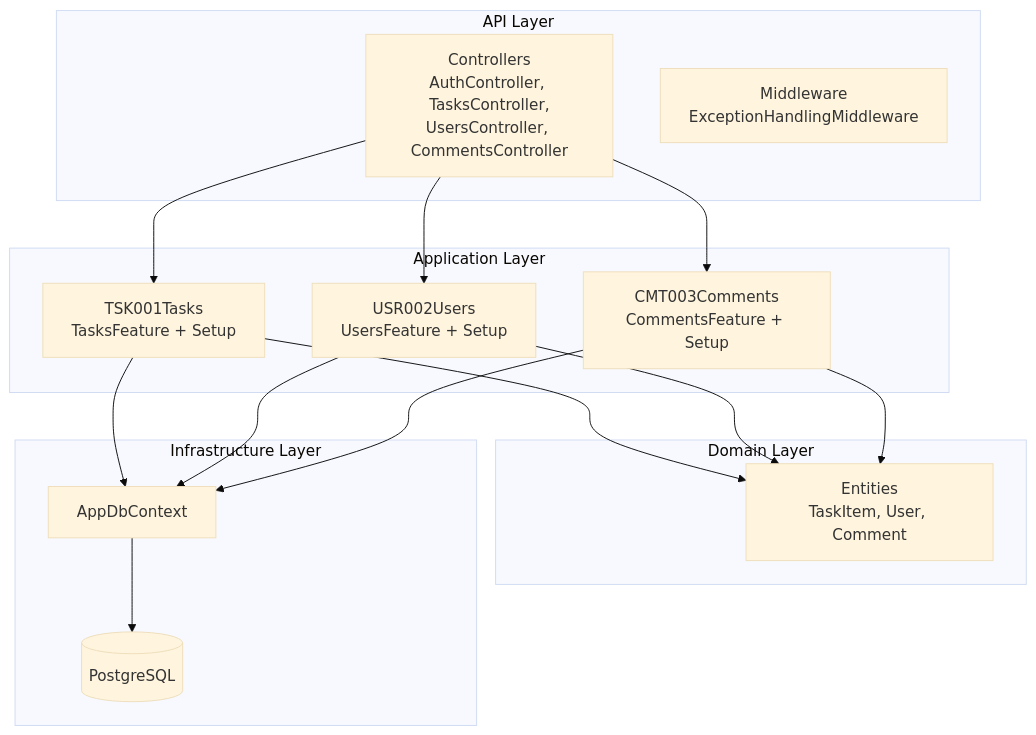
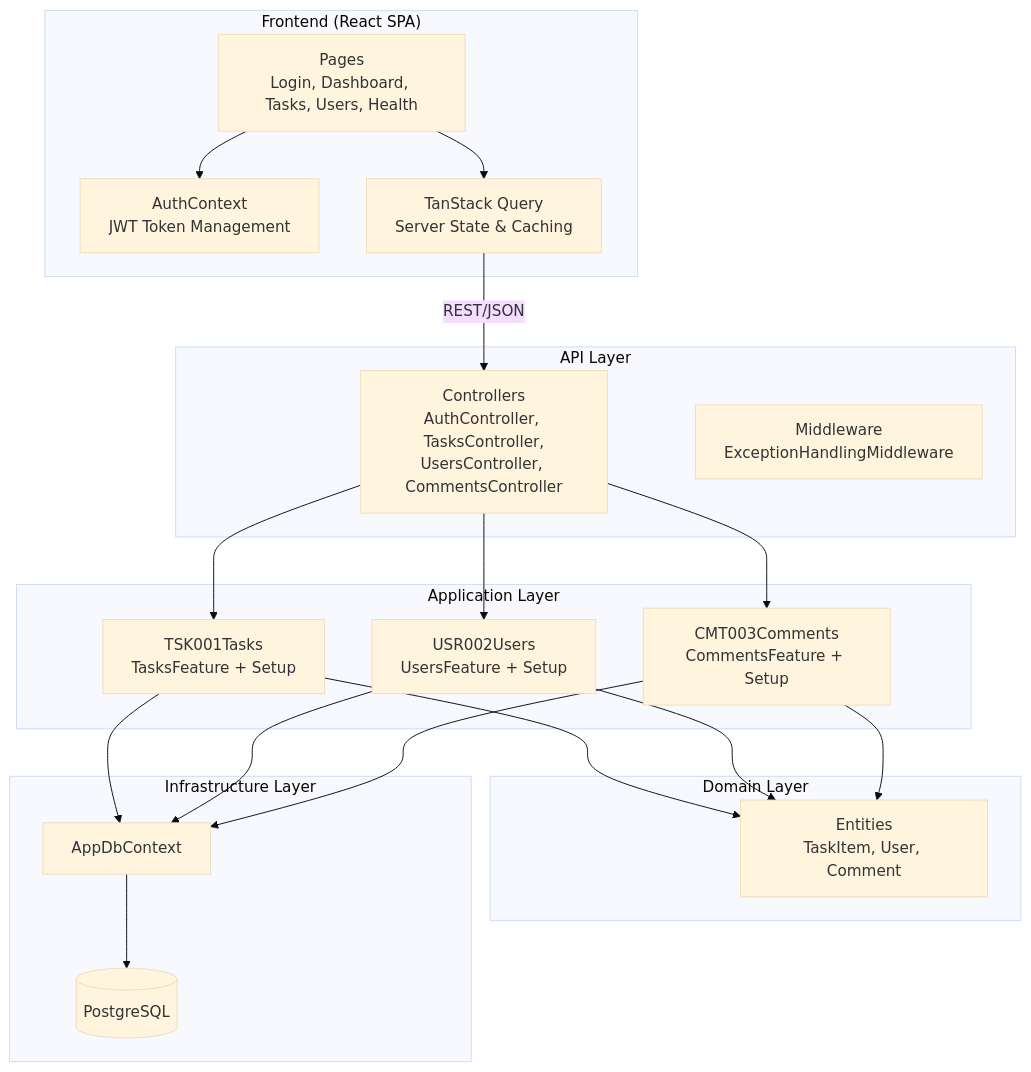
Before and after one commit to JurreBrandsenInfoSupport/modern-copilot-.NET-Todo-app: the second of 2 diagrams in docs/arc42/05-building-block-view.md, drawn with Mermaid (base theme). The commit also changed other lines of this file and 5 other files, not shown here.

First line of the commit message:
docs: update Arc42 and README for React frontend

````diff
--- a/docs/arc42/05-building-block-view.md
+++ b/docs/arc42/05-building-block-view.md
@@ -5,33 +14,42 @@
 ```mermaid
 graph TB
+    subgraph "Frontend (React SPA)"
+        Pages[Pages<br/>Login, Dashboard, Tasks, Users, Health]
+        AuthCtx[AuthContext<br/>JWT Token Management]
+        TQ[TanStack Query<br/>Server State & Caching]
+    end
+
     subgraph "API Layer"
         Controllers[Controllers<br/>AuthController, TasksController,<br/>UsersController, CommentsController]
         Middleware[Middleware<br/>ExceptionHandlingMiddleware]
     end
 
     subgraph "Application Layer"
         TSK[TSK001Tasks<br/>TasksFeature + Setup]
         USR[USR002Users<br/>UsersFeature + Setup]
         CMT[CMT003Comments<br/>CommentsFeature + Setup]
     end
 
     subgraph "Domain Layer"
         Entities[Entities<br/>TaskItem, User, Comment]
     end
 
     subgraph "Infrastructure Layer"
         DbContext[AppDbContext]
         DB[(PostgreSQL)]
     end
 
+    Pages --> AuthCtx
+    Pages --> TQ
+    TQ -->|REST/JSON| Controllers
     Controllers --> TSK
     Controllers --> USR
     Controllers --> CMT
     TSK --> Entities
     USR --> Entities
     CMT --> Entities
     TSK --> DbContext
     USR --> DbContext
     CMT --> DbContext
     DbContext --> DB
 ```
````
